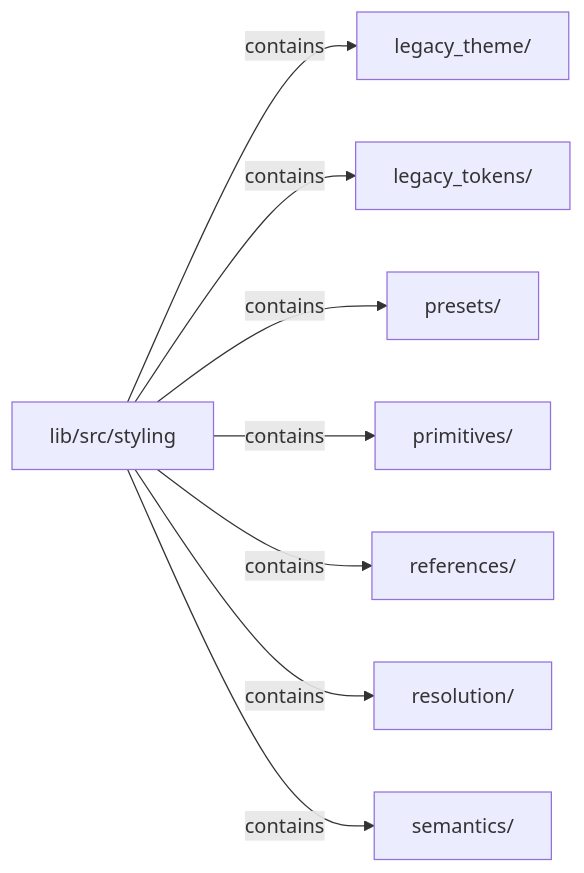
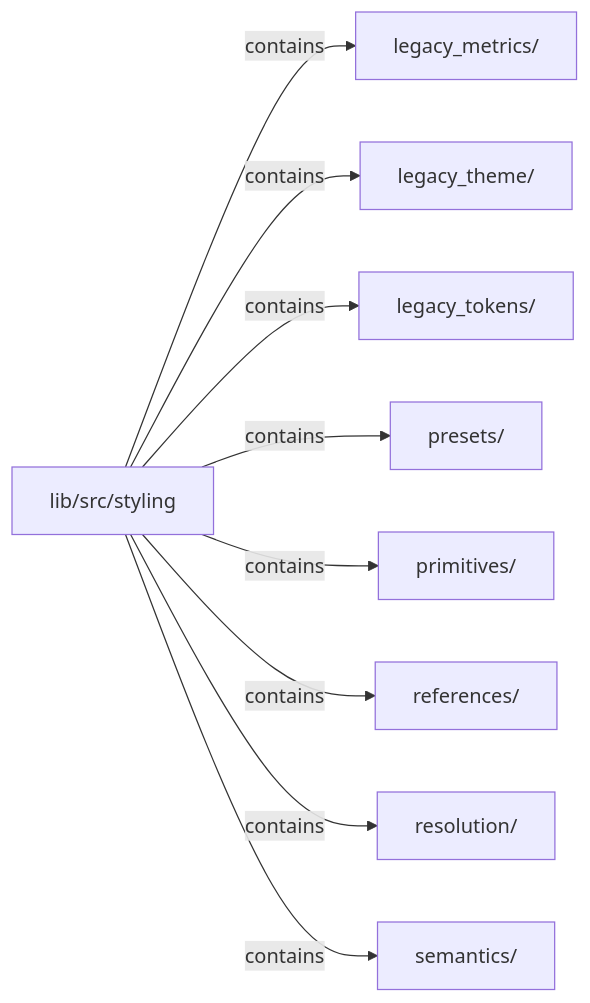
One commit to MiuDog/Kallopis changed the diagram in docs/architecture/src/styling/README.md. Above: the diagram before and after it, drawn with Mermaid. The commit also changed other lines of this file and 9688 other files, not shown here.

Commit message:
Prepare isolated Flow F2 peer baseline

````diff
--- a/docs/architecture/src/styling/README.md
+++ b/docs/architecture/src/styling/README.md
@@ -31,18 +31,20 @@
 ```mermaid
 flowchart LR
 	n0["lib/src/styling"]
-	n1["legacy_theme/"]
-	n2["legacy_tokens/"]
-	n3["presets/"]
-	n4["primitives/"]
-	n5["references/"]
-	n6["resolution/"]
-	n7["semantics/"]
+	n1["legacy_metrics/"]
+	n2["legacy_theme/"]
+	n3["legacy_tokens/"]
+	n4["presets/"]
+	n5["primitives/"]
+	n6["references/"]
+	n7["resolution/"]
+	n8["semantics/"]
 	n0 -->|"contains"| n1
 	n0 -->|"contains"| n2
 	n0 -->|"contains"| n3
 	n0 -->|"contains"| n4
 	n0 -->|"contains"| n5
 	n0 -->|"contains"| n6
 	n0 -->|"contains"| n7
+	n0 -->|"contains"| n8
 ```
````
